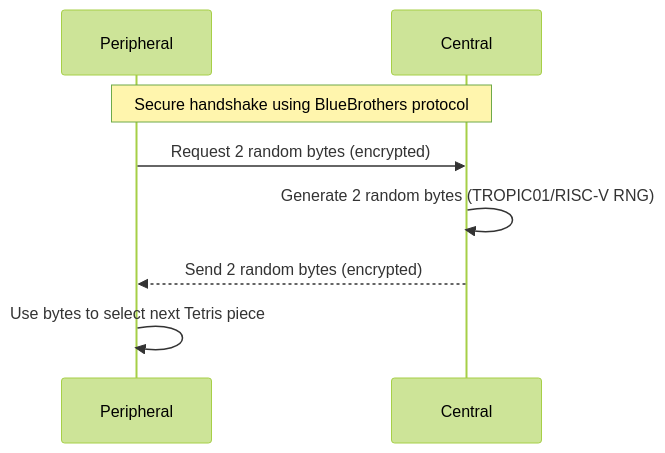
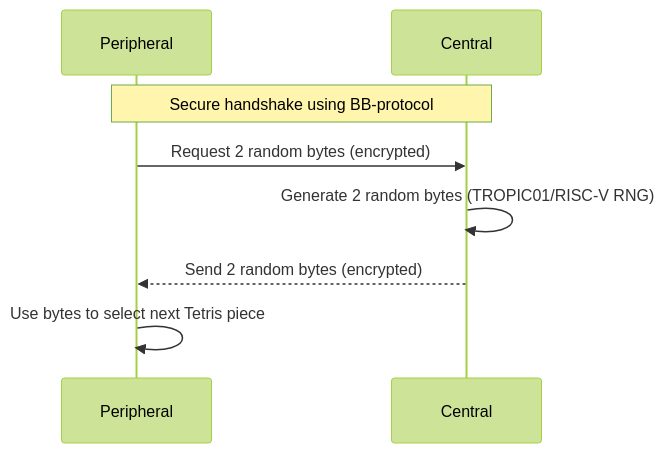
The diagram in examples/Tetris_TP01_COREV/README.md (tropicsquare/orshin-demo), drawn with Mermaid (forest theme) before and after one commit. The commit also changed other lines of this file and 7 other files, not shown here.

````diff
--- a/examples/Tetris_TP01_COREV/README.md
+++ b/examples/Tetris_TP01_COREV/README.md
@@ -49,11 +49,11 @@
 ```mermaid
 sequenceDiagram
     participant Peripheral
     participant Central
 
-    Note over Peripheral,Central: Secure handshake using BlueBrothers protocol
+    Note over Peripheral,Central: Secure handshake using BB-protocol
     Peripheral->>Central: Request 2 random bytes (encrypted)
     Central->>Central: Generate 2 random bytes (TROPIC01/RISC-V RNG)
     Central-->>Peripheral: Send 2 random bytes (encrypted)
     Peripheral->>Peripheral: Use bytes to select next Tetris piece
 ```
````
